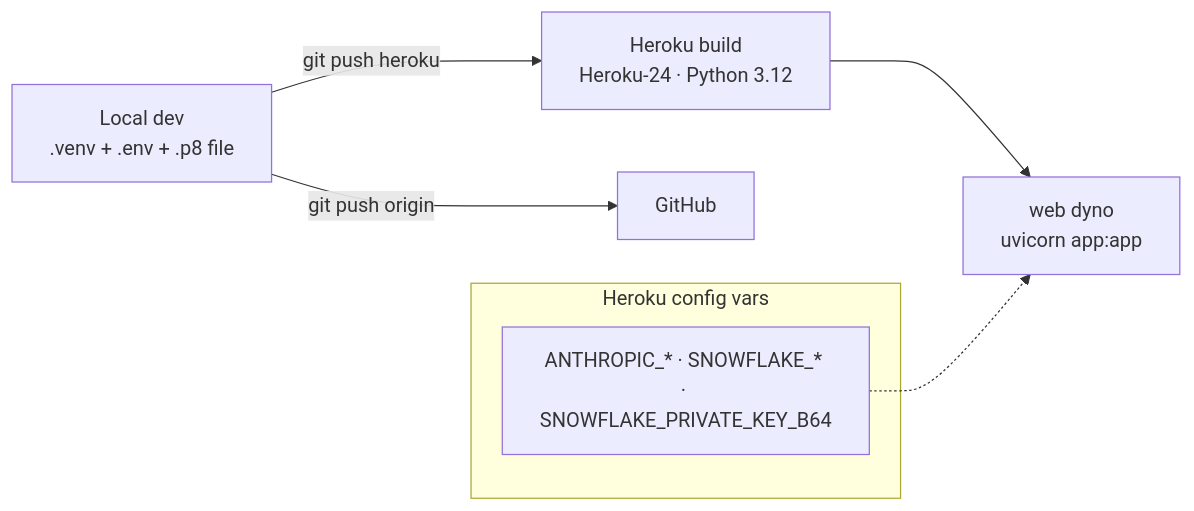
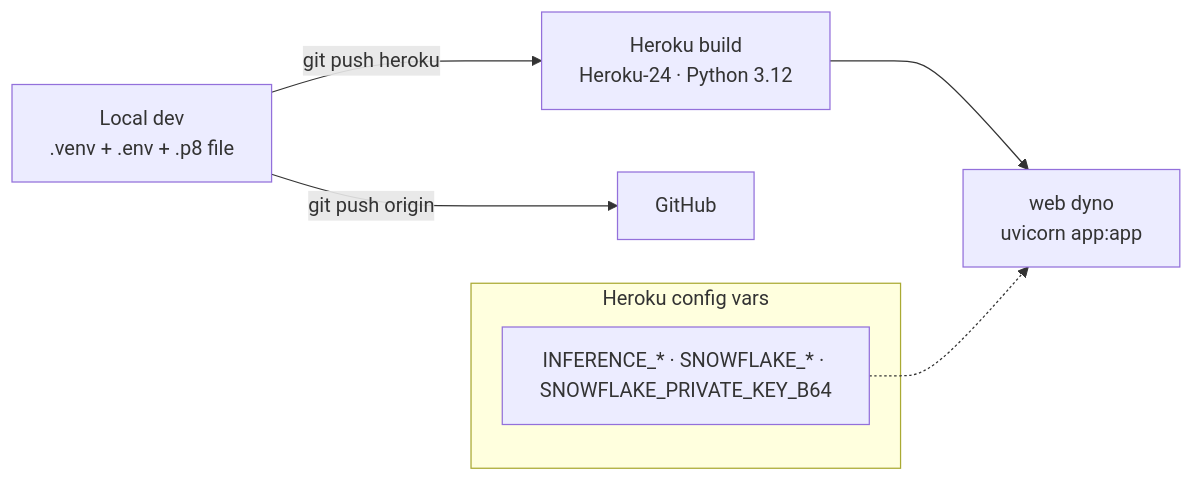
One commit to zezopdx/headlessVsLlm changed the fourth of 4 diagrams in ARCHITECTURE.md. Above: the diagram before and after it, drawn with Mermaid. The commit also changed other lines of this file and 5 other files, not shown here.

First line of the commit message:
Require Heroku Managed Inference; drop Anthropic key dependency

````diff
--- a/ARCHITECTURE.md
+++ b/ARCHITECTURE.md
@@ -197,10 +197,10 @@
 ```mermaid
 graph LR
     Dev[Local dev<br/>.venv + .env + .p8 file] -- git push origin --> GH[GitHub]
     Dev -- git push heroku --> H[Heroku build<br/>Heroku-24 · Python 3.12]
     H --> Dyno[web dyno<br/>uvicorn app:app]
     subgraph "Heroku config vars"
-        CV[ANTHROPIC_* · SNOWFLAKE_* · SNOWFLAKE_PRIVATE_KEY_B64]
+        CV[INFERENCE_* · SNOWFLAKE_* · SNOWFLAKE_PRIVATE_KEY_B64]
     end
     CV -.-> Dyno
 ```
````
